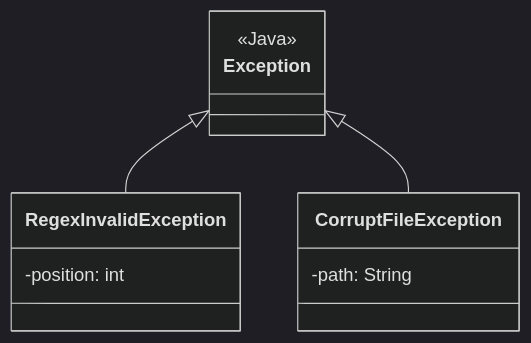
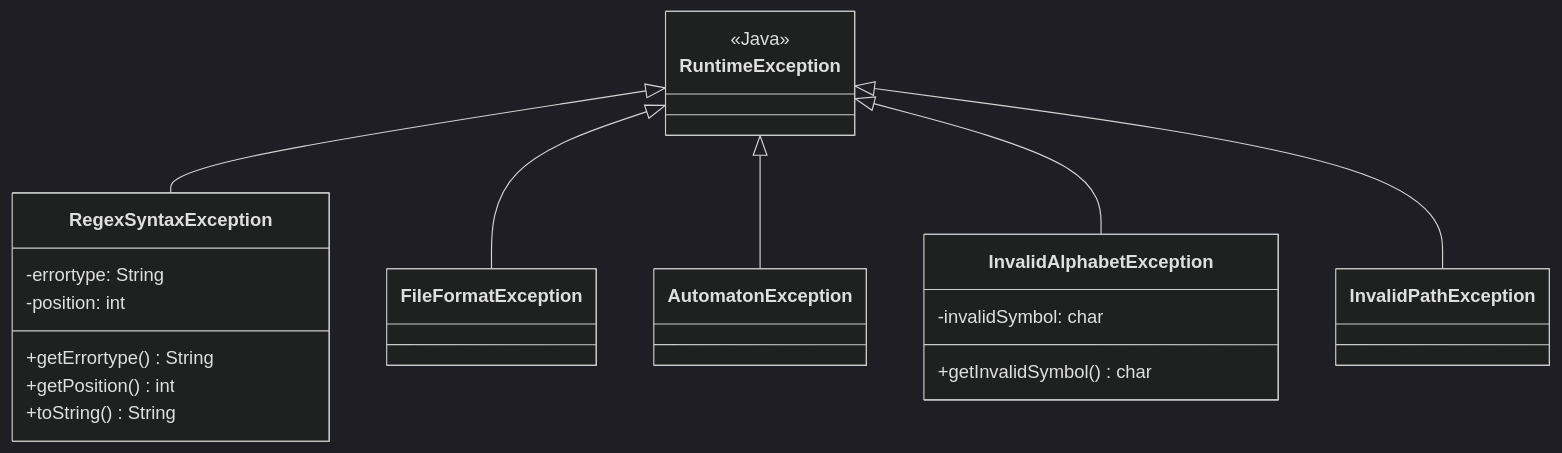
The second of 7 diagrams in docs/UML.md (Leosanlo30/RegEx-to-DFA-Visualizer), drawn with Mermaid (dark theme) before and after one commit. The commit also changed other lines of this file, not shown here.

First line of the commit message:
docs: actualizar excepciones del UML a las implementadas

````diff
--- a/docs/UML.md
+++ b/docs/UML.md
@@ -227,14 +238,25 @@
 ```mermaid
 classDiagram
-    class Exception {
+    class RuntimeException {
         <<Java>>
     }
-    class RegexInvalidException {
+    class RegexSyntaxException {
+        -errortype: String
         -position: int
+        +getErrortype() String
+        +getPosition() int
+        +toString() String
     }
-    class CorruptFileException {
-        -path: String
+    class FileFormatException
+    class AutomatonException
+    class InvalidAlphabetException {
+        -invalidSymbol: char
+        +getInvalidSymbol() char
     }
-    Exception <|-- RegexInvalidException
-    Exception <|-- CorruptFileException
+    class InvalidPathException
+    RuntimeException <|-- RegexSyntaxException
+    RuntimeException <|-- FileFormatException
+    RuntimeException <|-- AutomatonException
+    RuntimeException <|-- InvalidAlphabetException
+    RuntimeException <|-- InvalidPathException
 ```
````
